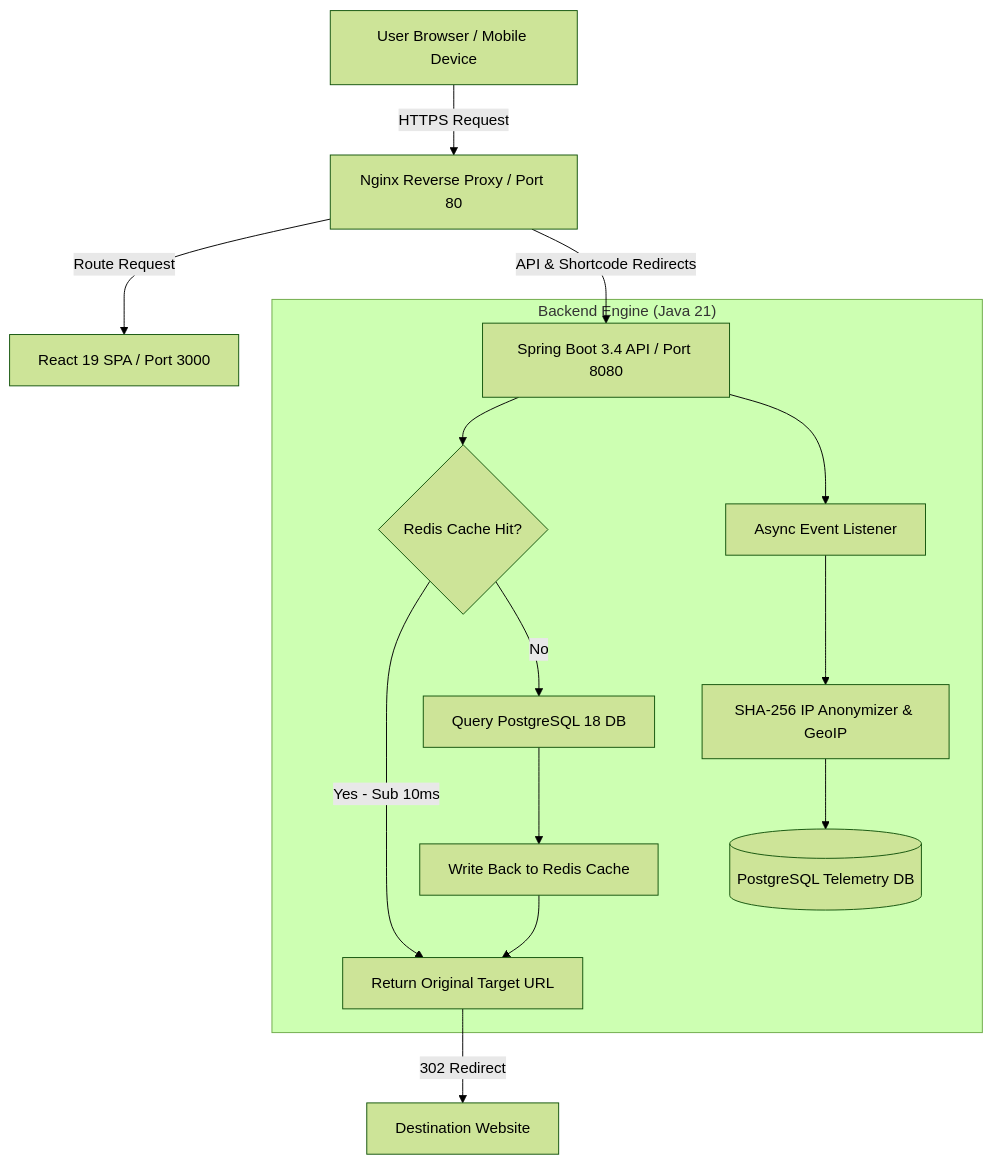
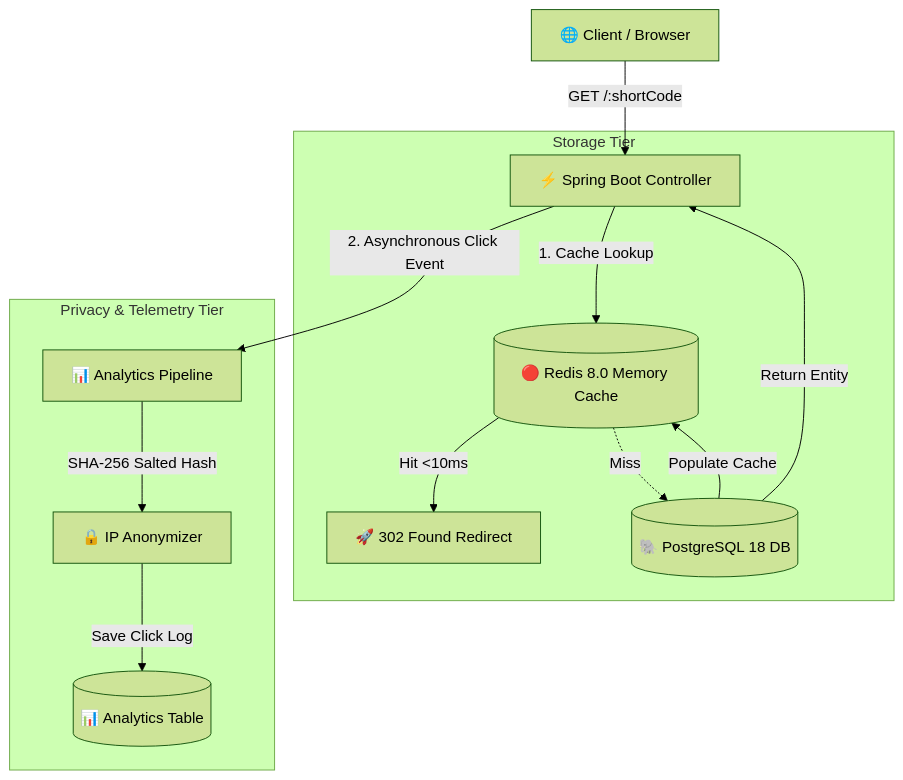
One commit to AniketK100/LinkGuard changed the diagram in README.md. Above: the diagram before and after it, drawn with Mermaid (forest theme). The commit also changed other lines of this file and 39 other files, not shown here.

````diff
--- a/README.md
+++ b/README.md
@@ -21,20 +25,19 @@
 ```mermaid
 flowchart TD
-    Client[User Browser / Mobile Device] -->|HTTPS Request| Nginx[Nginx Reverse Proxy / Port 80]
-    Nginx -->|Route Request| Frontend[React 19 SPA / Port 3000]
-    Nginx -->|API & Shortcode Redirects| Backend[Spring Boot 3.4 API / Port 8080]
+    Client[🌐 Client / Browser] -->|GET /:shortCode| RedirectionController[⚡ Spring Boot Controller]
     
-    subgraph "Backend Engine (Java 21)"
-        Backend --> CacheCheck{Redis Cache Hit?}
-        CacheCheck -->|Yes - Sub 10ms| ReturnURL[Return Original Target URL]
-        CacheCheck -->|No| DBCheck[Query PostgreSQL 18 DB]
-        DBCheck --> PopulateCache[Write Back to Redis Cache]
-        PopulateCache --> ReturnURL
+    subgraph Storage Tier
+        RedirectionController -->|1. Cache Lookup| Redis[(🔴 Redis 8.0 Memory Cache)]
+        Redis -->|Hit <10ms| FastReturn[🚀 302 Found Redirect]
         
-        Backend --> AsyncTelemetry[Async Event Listener]
-        AsyncTelemetry --> Anonymize[SHA-256 IP Anonymizer & GeoIP]
-        Anonymize --> SaveTelemetry[(PostgreSQL Telemetry DB)]
+        Redis -.->|Miss| Postgres[(🐘 PostgreSQL 18 DB)]
+        Postgres -->|Populate Cache| Redis
+        Postgres -->|Return Entity| RedirectionController
     end
-    
-    ReturnURL -->|302 Redirect| Target[Destination Website]
+
+    subgraph Privacy & Telemetry Tier
+        RedirectionController -->|2. Asynchronous Click Event| AnalyticsService[📊 Analytics Pipeline]
+        AnalyticsService -->|SHA-256 Salted Hash| Anonymizer[🔒 IP Anonymizer]
+        Anonymizer -->|Save Click Log| ClickDB[(📊 Analytics Table)]
+    end
 ```
````
